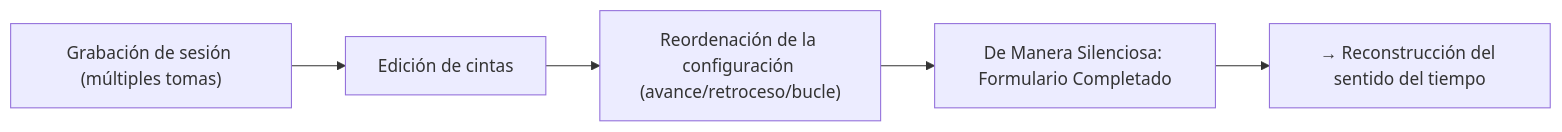
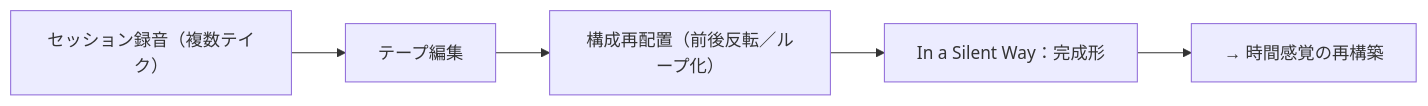
One commit to monumental-movement/monumental-movement.github.io changed the first of 12 diagrams in es/_posts/2025-10-28-column-macero-miles.md. Above: the diagram before and after it, drawn with Mermaid. The commit also changed other lines of this file and 299 other files, not shown here.

```diff
--- a/es/_posts/2025-10-28-column-macero-miles.md
+++ b/es/_posts/2025-10-28-column-macero-miles.md
@@ -69,10 +69,10 @@
 <div class="mermaid">
 
 flowchart LR
-    A["Grabación de sesión (múltiples tomas)"] --> B["Edición de cintas"]
-    B --> C["Reordenación de la configuración (avance/retroceso/bucle)"]
-    C --> D["De Manera Silenciosa: Formulario Completado"]
-    D --> E["→ Reconstrucción del sentido del tiempo"]
+    A["セッション録音（複数テイク）"] --> B["テープ編集"]
+    B --> C["構成再配置（前後反転／ループ化）"]
+    C --> D["In a Silent Way：完成形"]
+    D --> E["→ 時間感覚の再構築"]
 
 
 </div>
```
